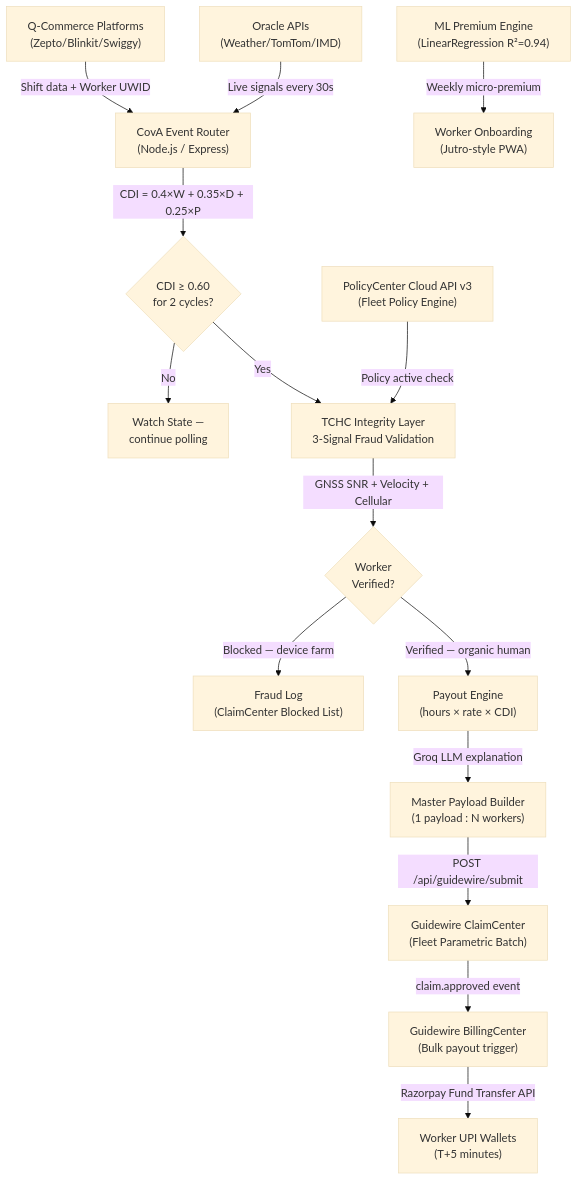
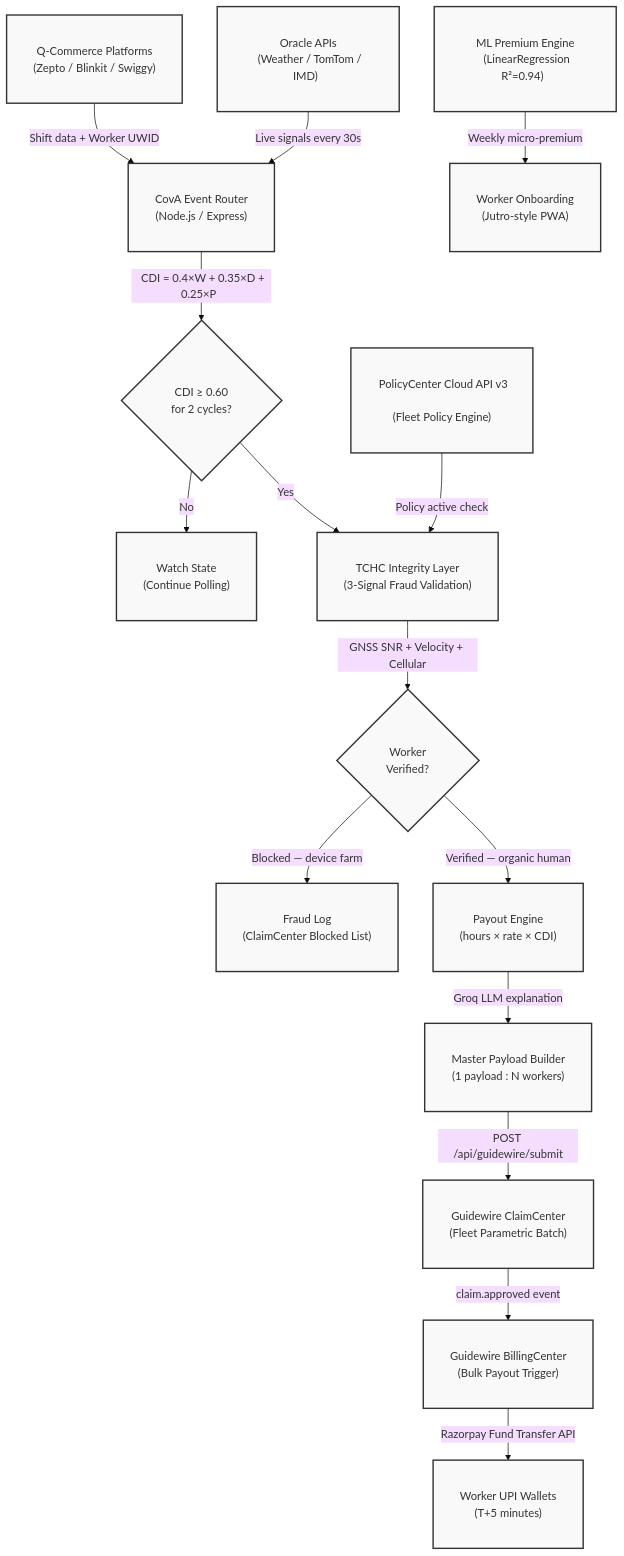
Before and after one commit to NavneethKonduru/CovA-Parametric-Income-Protection-Guidewire-Devtrails-2026: the diagram in README.md, drawn with Mermaid (base theme). The commit also changed other lines of this file, not shown here.

Commit message:
Fix Mermaid box sizing (add padding and class definition)

````diff
--- a/README.md
+++ b/README.md
@@ -169,17 +169,19 @@
 ```mermaid
 graph TD
-    A["Q-Commerce Platforms<br/>(Zepto/Blinkit/Swiggy)"] -->|Shift data + Worker UWID| B["CovA Event Router<br/>(Node.js / Express)"]
-    C["Oracle APIs<br/>(Weather/TomTom/IMD)"] -->|Live signals every 30s| B
-    B -->|"CDI = 0.4×W + 0.35×D + 0.25×P"| D{"CDI ≥ 0.60<br/>for 2 cycles?"}
-    D -->|No| E["Watch State —<br/>continue polling"]
-    D -->|Yes| F["TCHC Integrity Layer<br/>3-Signal Fraud Validation"]
-    F -->|GNSS SNR + Velocity + Cellular| G{"Worker<br/>Verified?"}
-    G -->|Blocked — device farm| H["Fraud Log<br/>(ClaimCenter Blocked List)"]
-    G -->|Verified — organic human| I["Payout Engine<br/>(hours × rate × CDI)"]
-    I -->|Groq LLM explanation| J["Master Payload Builder<br/>(1 payload : N workers)"]
-    J -->|POST /api/guidewire/submit| K["Guidewire ClaimCenter<br/>(Fleet Parametric Batch)"]
-    K -->|claim.approved event| L["Guidewire BillingCenter<br/>(Bulk payout trigger)"]
-    L -->|Razorpay Fund Transfer API| M["Worker UPI Wallets<br/>(T+5 minutes)"]
-    N["PolicyCenter Cloud API v3<br/>(Fleet Policy Engine)"] -->|Policy active check| F
-    O["ML Premium Engine<br/>(LinearRegression R²=0.94)"] -->|Weekly micro-premium| P["Worker Onboarding<br/>(Jutro-style PWA)"]
+    classDef default fill:#f9f9f9,stroke:#333,stroke-width:2px,padding:20px;
+
+    A["&nbsp; Q-Commerce Platforms &nbsp;<br/>&nbsp; (Zepto / Blinkit / Swiggy) &nbsp;"] -->|Shift data + Worker UWID| B["&nbsp; CovA Event Router &nbsp;<br/>&nbsp; (Node.js / Express) &nbsp;"]
+    C["&nbsp; Oracle APIs &nbsp;<br/>&nbsp; (Weather / TomTom / IMD) &nbsp;"] -->|Live signals every 30s| B
+    B -->|"&nbsp; CDI = 0.4×W + 0.35×D + 0.25×P &nbsp;"| D{"&nbsp; CDI ≥ 0.60 &nbsp;<br/>&nbsp; for 2 cycles? &nbsp;"}
+    D -->|No| E["&nbsp; Watch State &nbsp;<br/>&nbsp; (Continue Polling) &nbsp;"]
+    D -->|Yes| F["&nbsp; TCHC Integrity Layer &nbsp;<br/>&nbsp; (3-Signal Fraud Validation) &nbsp;"]
+    F -->|GNSS SNR + Velocity + Cellular| G{"&nbsp; Worker &nbsp;<br/>&nbsp; Verified? &nbsp;"}
+    G -->|Blocked — device farm| H["&nbsp; Fraud Log &nbsp;<br/>&nbsp; (ClaimCenter Blocked List) &nbsp;"]
+    G -->|Verified — organic human| I["&nbsp; Payout Engine &nbsp;<br/>&nbsp; (hours × rate × CDI) &nbsp;"]
+    I -->|Groq LLM explanation| J["&nbsp; Master Payload Builder &nbsp;<br/>&nbsp; (1 payload : N workers) &nbsp;"]
+    J -->|POST /api/guidewire/submit| K["&nbsp; Guidewire ClaimCenter &nbsp;<br/>&nbsp; (Fleet Parametric Batch) &nbsp;"]
+    K -->|claim.approved event| L["&nbsp; Guidewire BillingCenter &nbsp;<br/>&nbsp; (Bulk Payout Trigger) &nbsp;"]
+    L -->|Razorpay Fund Transfer API| M["&nbsp; Worker UPI Wallets &nbsp;<br/>&nbsp; (T+5 minutes) &nbsp;"]
+    N["&nbsp; PolicyCenter Cloud API v3 &nbsp;<br/>&nbsp; (Fleet Policy Engine) &nbsp;"] -->|Policy active check| F
+    O["&nbsp; ML Premium Engine &nbsp;<br/>&nbsp; (LinearRegression R²=0.94) &nbsp;"] -->|Weekly micro-premium| P["&nbsp; Worker Onboarding &nbsp;<br/>&nbsp; (Jutro-style PWA) &nbsp;"]
 ```
````
